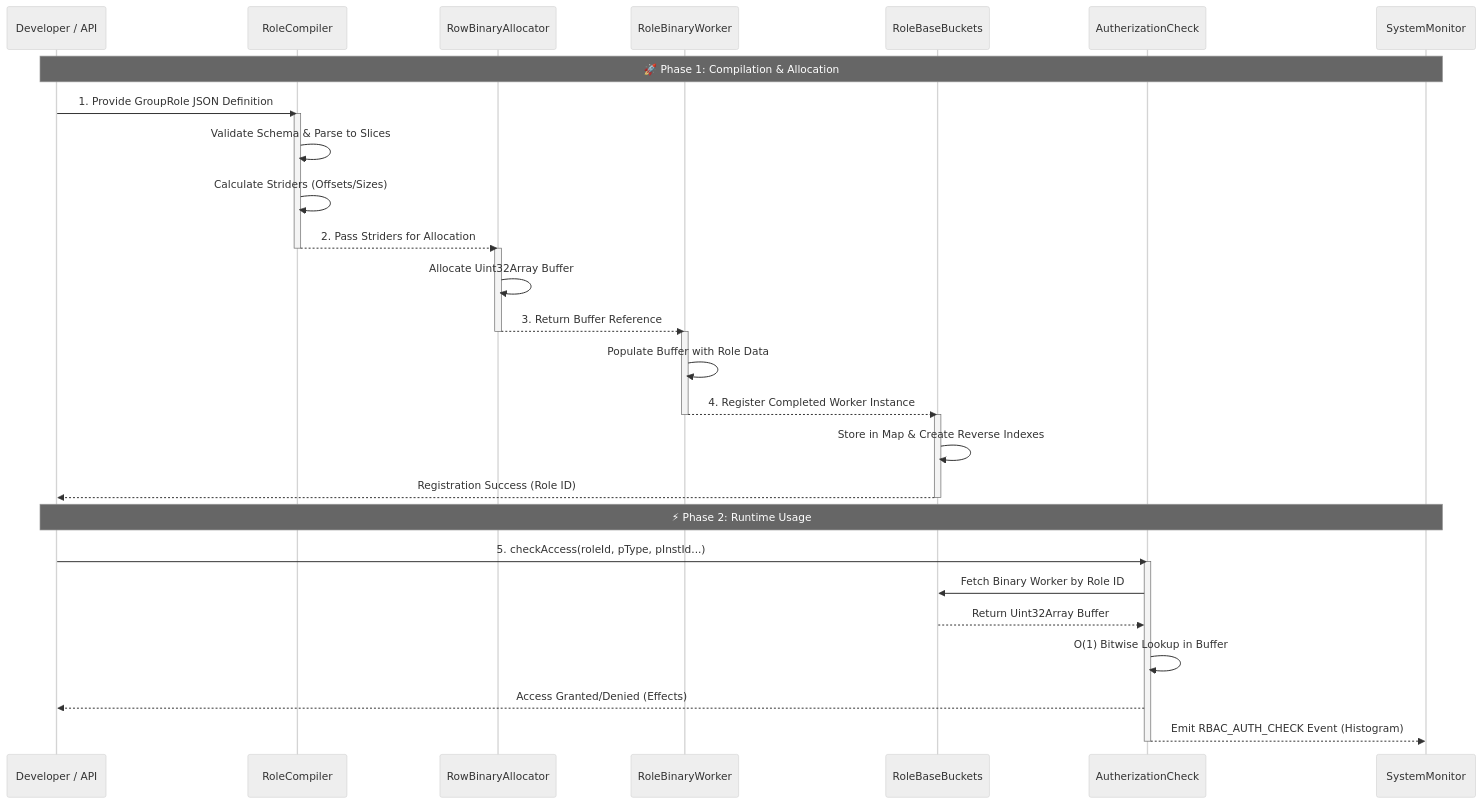
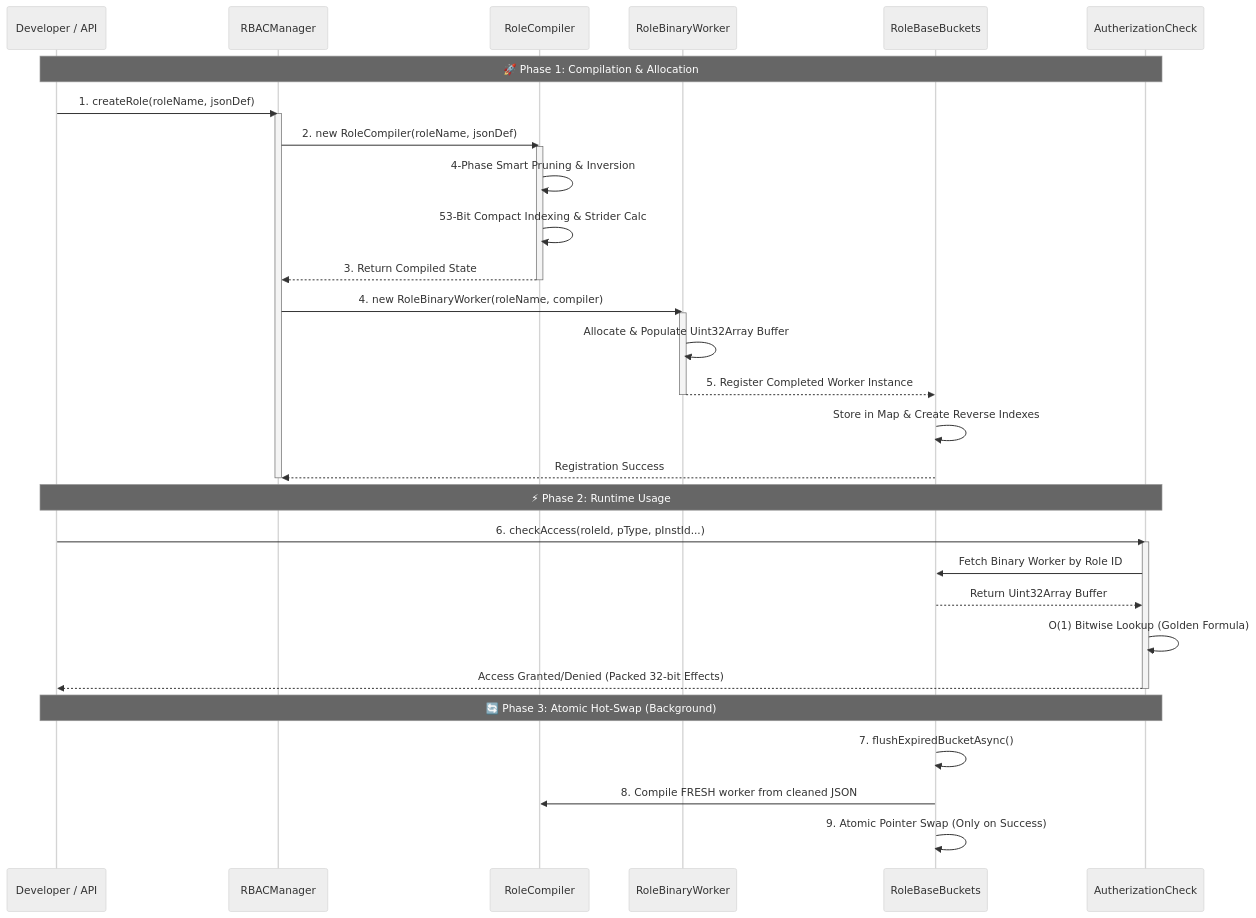
One commit to Elnsor/native-mongo-odm changed the second of 3 diagrams in src/rbac/README.md. Above: the diagram before and after it, drawn with Mermaid (neutral theme). The commit also changed other lines of this file and 1 other file, not shown here.

Commit message:
feat(rbac): Implement unified RBACManager facade with enhanced observability and safety checks and Update README file to Align wiht New update in rbac system

````diff
--- a/src/rbac/README.md
+++ b/src/rbac/README.md
@@ -78,43 +88,43 @@
 ```mermaid
 sequenceDiagram
     participant Dev as Developer / API
+    participant Manager as RBACManager
     participant Compiler as RoleCompiler
-    participant Allocator as RowBinaryAllocator
     participant Worker as RoleBinaryWorker
     participant Buckets as RoleBaseBuckets
     participant Auth as AutherizationCheck
-    participant Monitor as SystemMonitor
 
-    Note over Dev,Monitor: 🚀 Phase 1: Compilation & Allocation
-    Dev->>Compiler: 1. Provide GroupRole JSON Definition
+    Note over Dev,Auth: 🚀 Phase 1: Compilation & Allocation
+    Dev->>Manager: 1. createRole(roleName, jsonDef)
+    activate Manager
+    Manager->>Compiler: 2. new RoleCompiler(roleName, jsonDef)
     activate Compiler
-    Compiler->>Compiler: Validate Schema & Parse to Slices
-    Compiler->>Compiler: Calculate Striders (Offsets/Sizes)
-    Compiler-->>Allocator: 2. Pass Striders for Allocation
+    Compiler->>Compiler: 4-Phase Smart Pruning & Inversion
+    Compiler->>Compiler: 53-Bit Compact Indexing & Strider Calc
+    Compiler-->>Manager: 3. Return Compiled State
     deactivate Compiler
 
-    activate Allocator
-    Allocator->>Allocator: Allocate Uint32Array Buffer
-    Allocator-->>Worker: 3. Return Buffer Reference
-    deactivate Allocator
-
+    Manager->>Worker: 4. new RoleBinaryWorker(roleName, compiler)
     activate Worker
-    Worker->>Worker: Populate Buffer with Role Data
-    Worker-->>Buckets: 4. Register Completed Worker Instance
+    Worker->>Worker: Allocate & Populate Uint32Array Buffer
+    Worker-->>Buckets: 5. Register Completed Worker Instance
     deactivate Worker
 
-    activate Buckets
     Buckets->>Buckets: Store in Map & Create Reverse Indexes
-    Buckets-->>Dev: Registration Success (Role ID)
-    deactivate Buckets
+    Buckets-->>Manager: Registration Success
+    deactivate Manager
 
-    Note over Dev,Monitor: ⚡ Phase 2: Runtime Usage
-    Dev->>Auth: 5. checkAccess(roleId, pType, pInstId...)
+    Note over Dev,Auth: ⚡ Phase 2: Runtime Usage
+    Dev->>Auth: 6. checkAccess(roleId, pType, pInstId...)
     activate Auth
     Auth->>Buckets: Fetch Binary Worker by Role ID
     Buckets-->>Auth: Return Uint32Array Buffer
-    Auth->>Auth: O(1) Bitwise Lookup in Buffer
-    Auth-->>Dev: Access Granted/Denied (Effects)
-    Auth-->>Monitor: Emit RBAC_AUTH_CHECK Event (Histogram)
+    Auth->>Auth: O(1) Bitwise Lookup (Golden Formula)
+    Auth-->>Dev: Access Granted/Denied (Packed 32-bit Effects)
     deactivate Auth
+
+    Note over Dev,Auth: 🔄 Phase 3: Atomic Hot-Swap (Background)
+    Buckets->>Buckets: 7. flushExpiredBucketAsync()
+    Buckets->>Compiler: 8. Compile FRESH worker from cleaned JSON
+    Buckets->>Buckets: 9. Atomic Pointer Swap (Only on Success)
 ```
````
